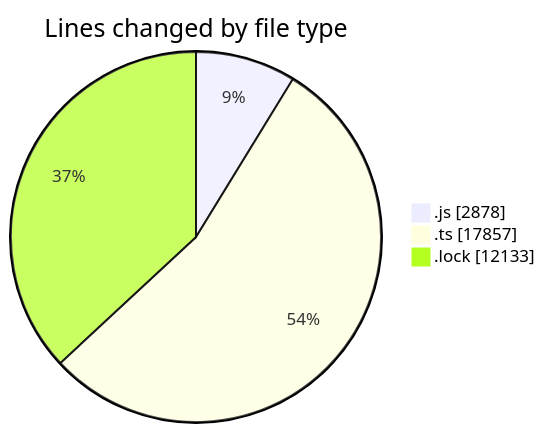
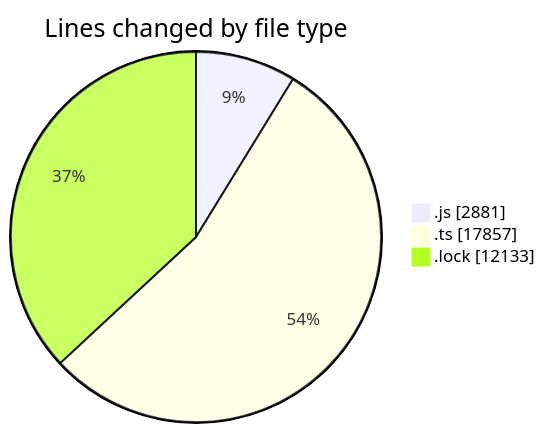
The first of 2 diagrams in 2025-08-12/cda/README.md (momahboobian/code-tracking), drawn with Mermaid before and after one commit. The commit also changed other lines of this file and 1 other file, not shown here.

````diff
--- a/2025-08-12/cda/README.md
+++ b/2025-08-12/cda/README.md
@@ -39,7 +39,7 @@
 ```mermaid
 pie showData
 title Lines changed by file type
-".js" : 2878
+".js" : 2881
 ".ts" : 17857
 ".lock" : 12133
 ```
````
